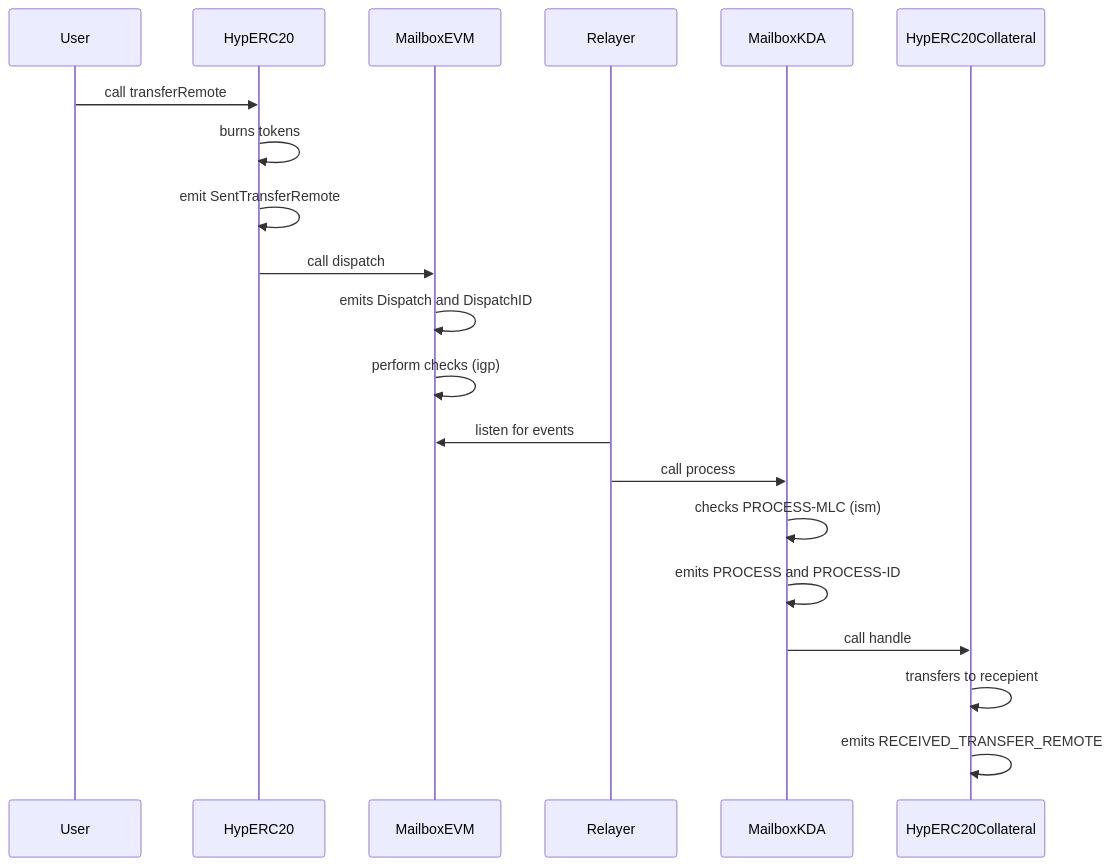
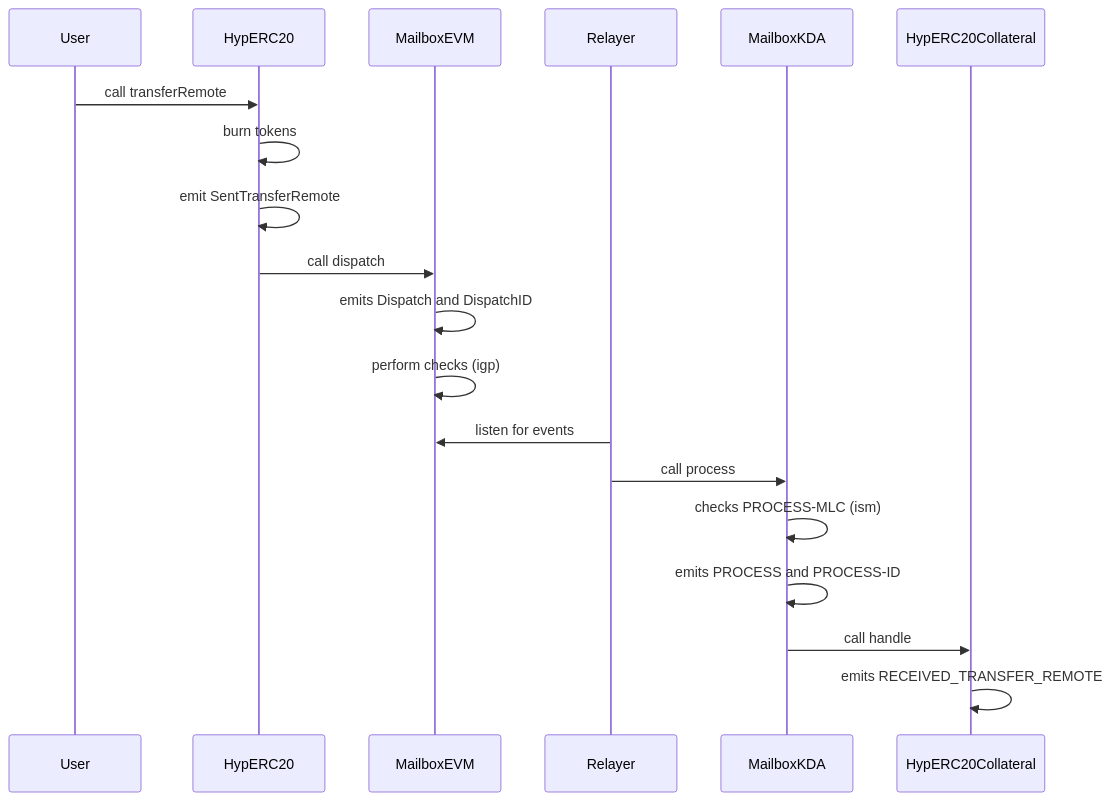
Before and after one commit to RastkoDev/smart-contracts: the second of 8 diagrams in docs/bridge-flow.md, drawn with Mermaid. The commit also changed other lines of this file, not shown here.

````diff
--- a/docs/bridge-flow.md
+++ b/docs/bridge-flow.md
@@ -35,27 +36,26 @@
 ```mermaid
 sequenceDiagram
     participant User
     participant HypERC20 as HypERC20
     participant MailboxETH as MailboxEVM
     participant Relayer
     participant MailboxKDA as MailboxKDA
     participant HypERC20KDA as HypERC20Collateral
 
     User->>HypERC20: call transferRemote
-    HypERC20->>HypERC20: burns tokens
+    HypERC20->>HypERC20: burn tokens
 
     HypERC20->>HypERC20: emit SentTransferRemote
     HypERC20->>MailboxETH: call dispatch
     MailboxETH->>MailboxETH: emits Dispatch and DispatchID
     MailboxETH->>MailboxETH: perform checks (igp)
     Relayer->>MailboxETH: listen for events
     Relayer->>MailboxKDA: call process
 
     MailboxKDA->>MailboxKDA: checks PROCESS-MLC (ism)
     MailboxKDA->>MailboxKDA: emits PROCESS and PROCESS-ID 
 
     MailboxKDA->>HypERC20KDA: call handle
 
-    HypERC20KDA->>HypERC20KDA: transfers to recepient
     HypERC20KDA->>HypERC20KDA: emits RECEIVED_TRANSFER_REMOTE
 ```
````
